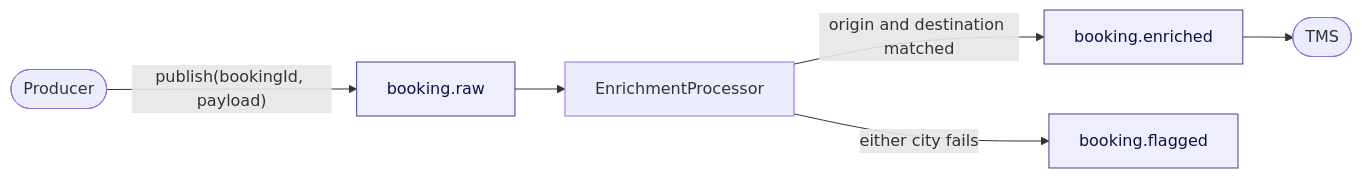
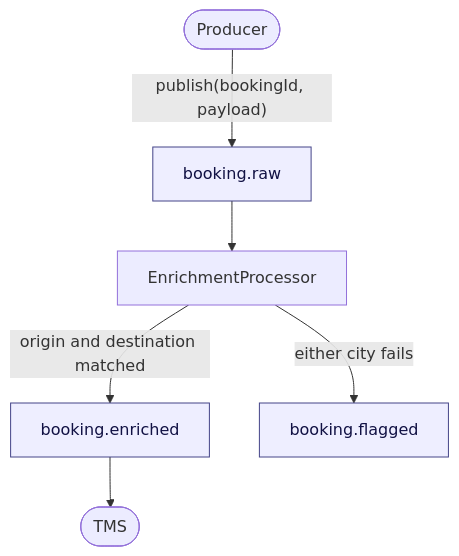
The first of 10 diagrams in docs/ARCHITECTURE.md (Cozentus-Technologies/DSV-test-assignement), drawn with Mermaid before and after one commit. The commit also changed other lines of this file and 1 other file, not shown here.

````diff
--- a/docs/ARCHITECTURE.md
+++ b/docs/ARCHITECTURE.md
@@ -19,11 +19,11 @@
 ```mermaid
-flowchart LR
+flowchart TD
     Prod(["Producer"]) -->|"publish(bookingId, payload)"| RAW["booking.raw"]
     RAW --> EP["EnrichmentProcessor"]
     EP -->|"origin and destination matched"| ENR["booking.enriched"]
     EP -->|"either city fails"| FLG["booking.flagged"]
     ENR --> TMS(["TMS"])
 
     classDef topic fill:#eef,stroke:#448,color:#114;
     class RAW,ENR,FLG topic;
 ```
````
